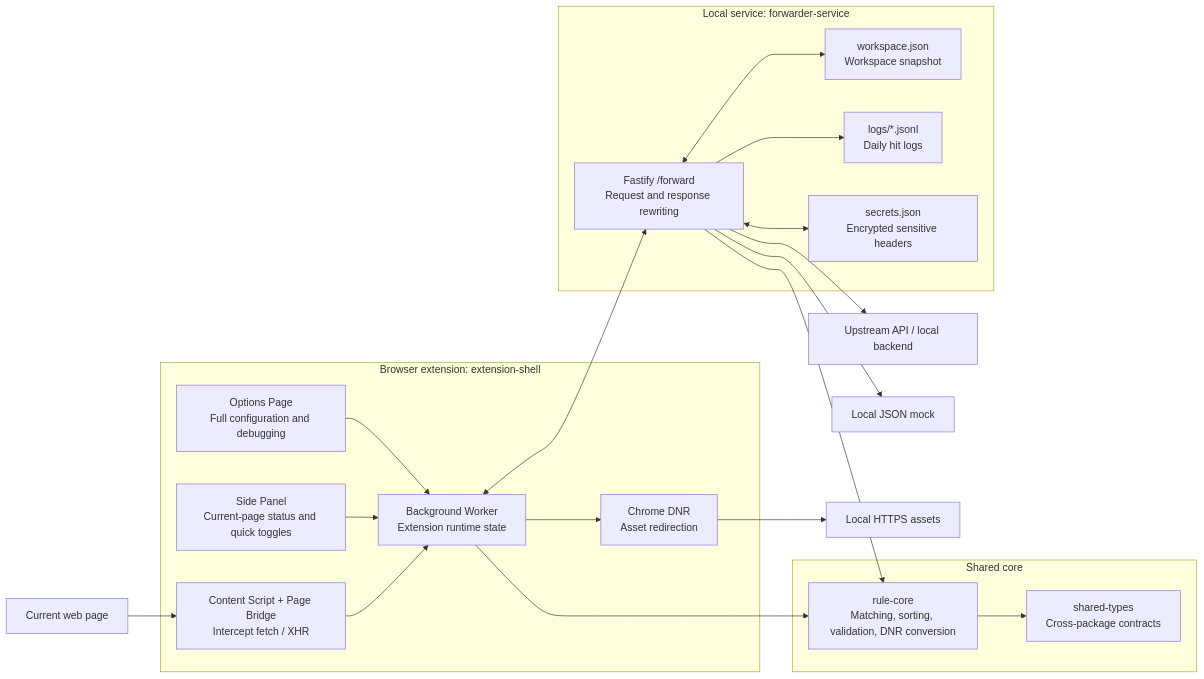
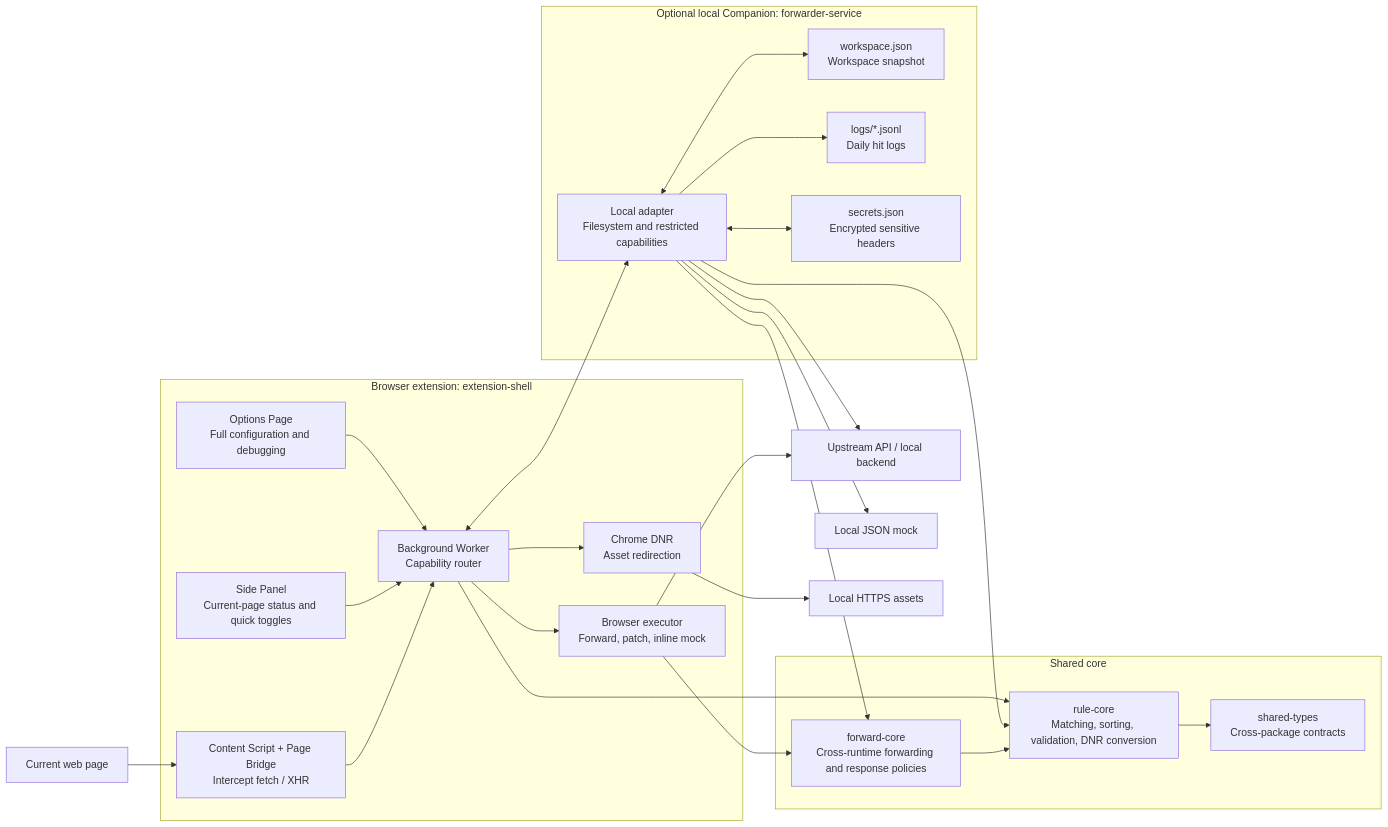
The first of 2 diagrams in README.md (real-jacket/resource-forwarder), drawn with Mermaid before and after one commit. The commit also changed other lines of this file and 28 other files, not shown here.

Commit message:
feat: make API forwarding browser-first

````diff
--- a/README.md
+++ b/README.md
@@ -86,43 +85,50 @@
 ```mermaid
 flowchart LR
   subgraph Extension["Browser extension: extension-shell"]
     Options["Options Page<br/>Full configuration and debugging"]
     SidePanel["Side Panel<br/>Current-page status and quick toggles"]
-    Background["Background Worker<br/>Extension runtime state"]
+    Background["Background Worker<br/>Capability router"]
+    BrowserExecutor["Browser executor<br/>Forward, patch, inline mock"]
     Bridge["Content Script + Page Bridge<br/>Intercept fetch / XHR"]
     DNR["Chrome DNR<br/>Asset redirection"]
   end
 
   subgraph Core["Shared core"]
     Types["shared-types<br/>Cross-package contracts"]
     RuleCore["rule-core<br/>Matching, sorting, validation, DNR conversion"]
+    ForwardCore["forward-core<br/>Cross-runtime forwarding and response policies"]
   end
 
-  subgraph Service["Local service: forwarder-service"]
-    Forward["Fastify /forward<br/>Request and response rewriting"]
+  subgraph Service["Optional local Companion: forwarder-service"]
+    Forward["Local adapter<br/>Filesystem and restricted capabilities"]
     Workspace["workspace.json<br/>Workspace snapshot"]
     Logs["logs/*.jsonl<br/>Daily hit logs"]
     Secrets["secrets.json<br/>Encrypted sensitive headers"]
   end
 
   Page["Current web page"]
   Upstream["Upstream API / local backend"]
   MockFile["Local JSON mock"]
   Assets["Local HTTPS assets"]
 
   Options --> Background
   SidePanel --> Background
   Page --> Bridge
   Bridge --> Background
   Background --> DNR
+  Background --> BrowserExecutor
   Background <--> Forward
   Background --> RuleCore
   Forward --> RuleCore
+  BrowserExecutor --> ForwardCore
+  Forward --> ForwardCore
   RuleCore --> Types
+  ForwardCore --> RuleCore
   Forward <--> Workspace
   Forward --> Logs
   Forward <--> Secrets
   DNR --> Assets
+  BrowserExecutor --> Upstream
   Forward --> Upstream
   Forward --> MockFile
 ```
````
